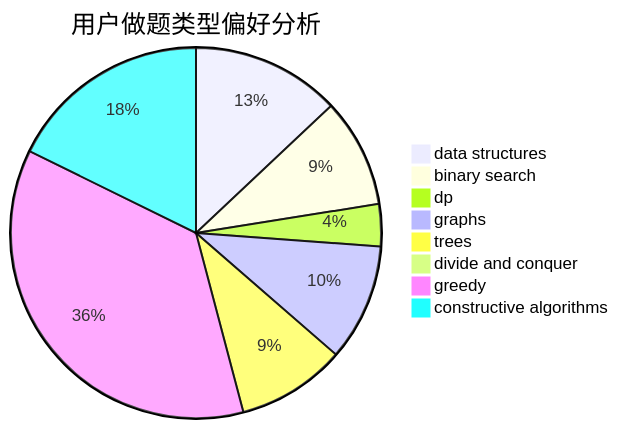
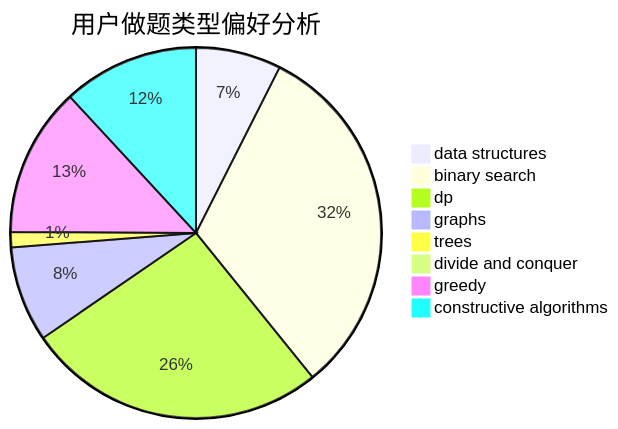
One commit to sherpahu/cfrs.github.io changed the second of 3 diagrams in docs/user/u2077.md. Above: the diagram before and after it, drawn with Mermaid. The commit also changed other lines of this file and 2770 other files, not shown here.

````diff
--- a/docs/user/u2077.md
+++ b/docs/user/u2077.md
@@ -23,11 +23,11 @@
 ```mermaid
 pie title 用户做题类型偏好分析
-    "data structures" :  183
-    "binary search" :  134
-    "dp" :  52
-    "graphs" :  144
-    "trees" :  134
-    "divide and conquer" :  7
-    "greedy" :  513
-    "constructive algorithms" :  250
+    "data structures" :  84
+    "binary search" :  358
+    "dp" :  296
+    "graphs" :  94
+    "trees" :  15
+    "divide and conquer" :  0
+    "greedy" :  147
+    "constructive algorithms" :  134
 ```
````
